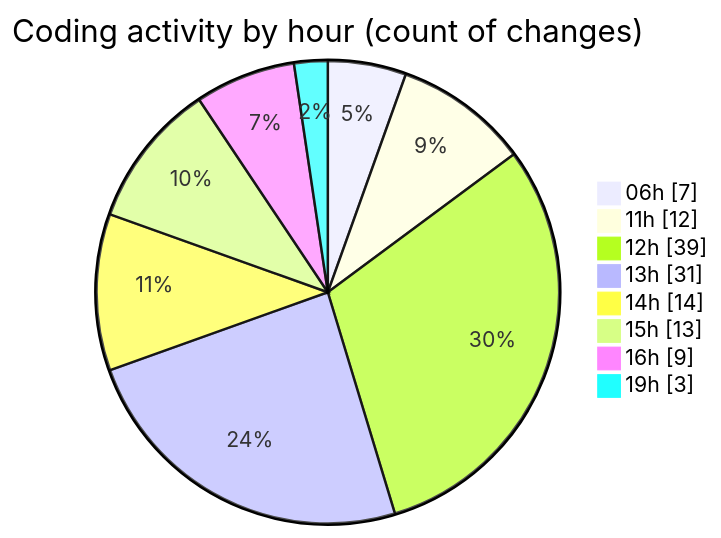
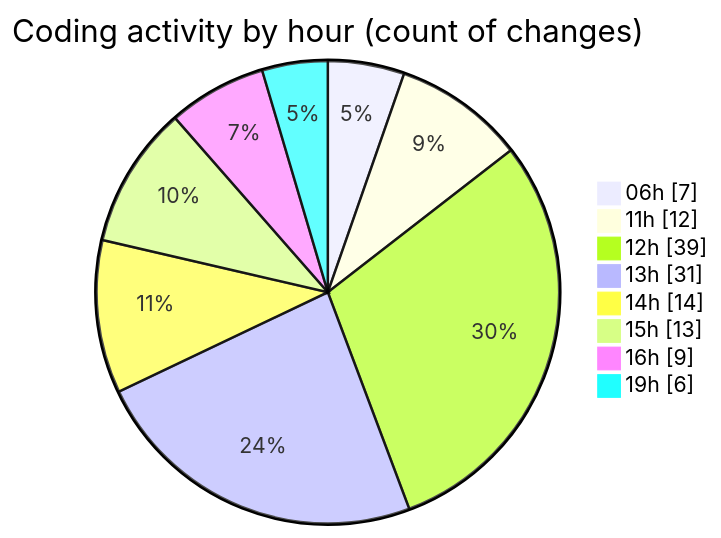
Before and after one commit to EIIisD/code-tracking: the second of 2 diagrams in 2025-07-14/ribbon/README.md, drawn with Mermaid. The commit also changed other lines of this file and 1 other file, not shown here.

````diff
--- a/2025-07-14/ribbon/README.md
+++ b/2025-07-14/ribbon/README.md
@@ -67,12 +67,12 @@
 ```mermaid
 pie showData
 title Coding activity by hour (count of changes)
 "06h" : 7
 "11h" : 12
 "12h" : 39
 "13h" : 31
 "14h" : 14
 "15h" : 13
 "16h" : 9
-"19h" : 3
+"19h" : 6
 ```
````
